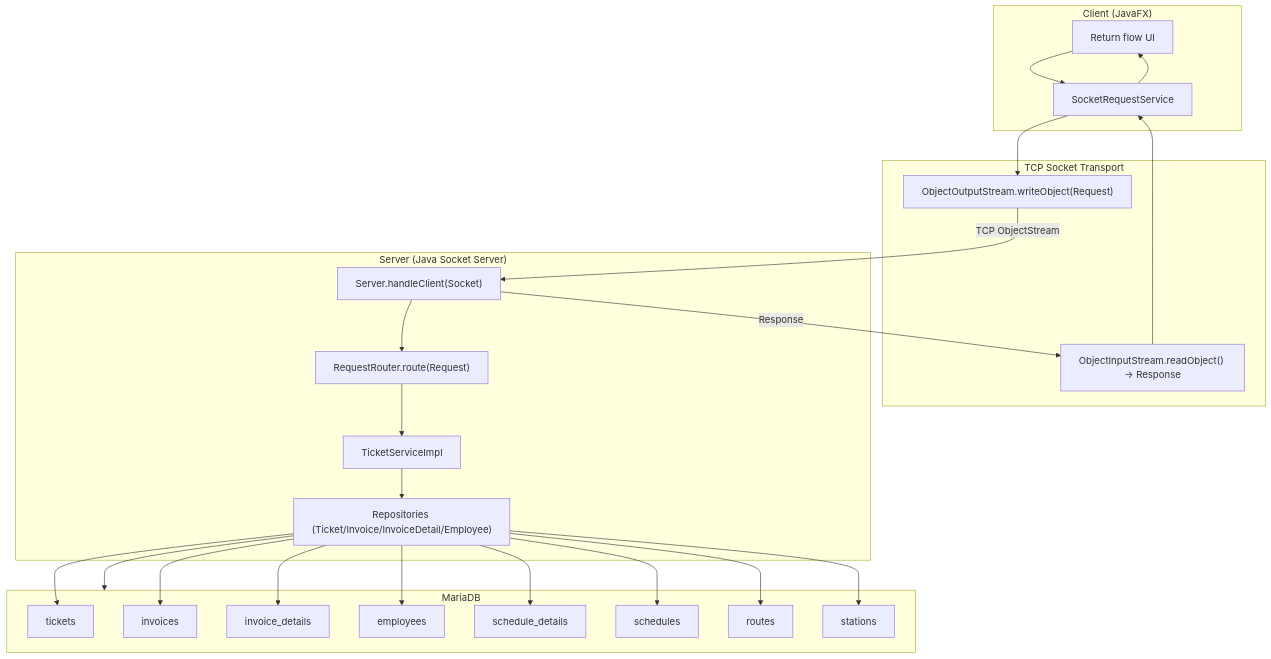
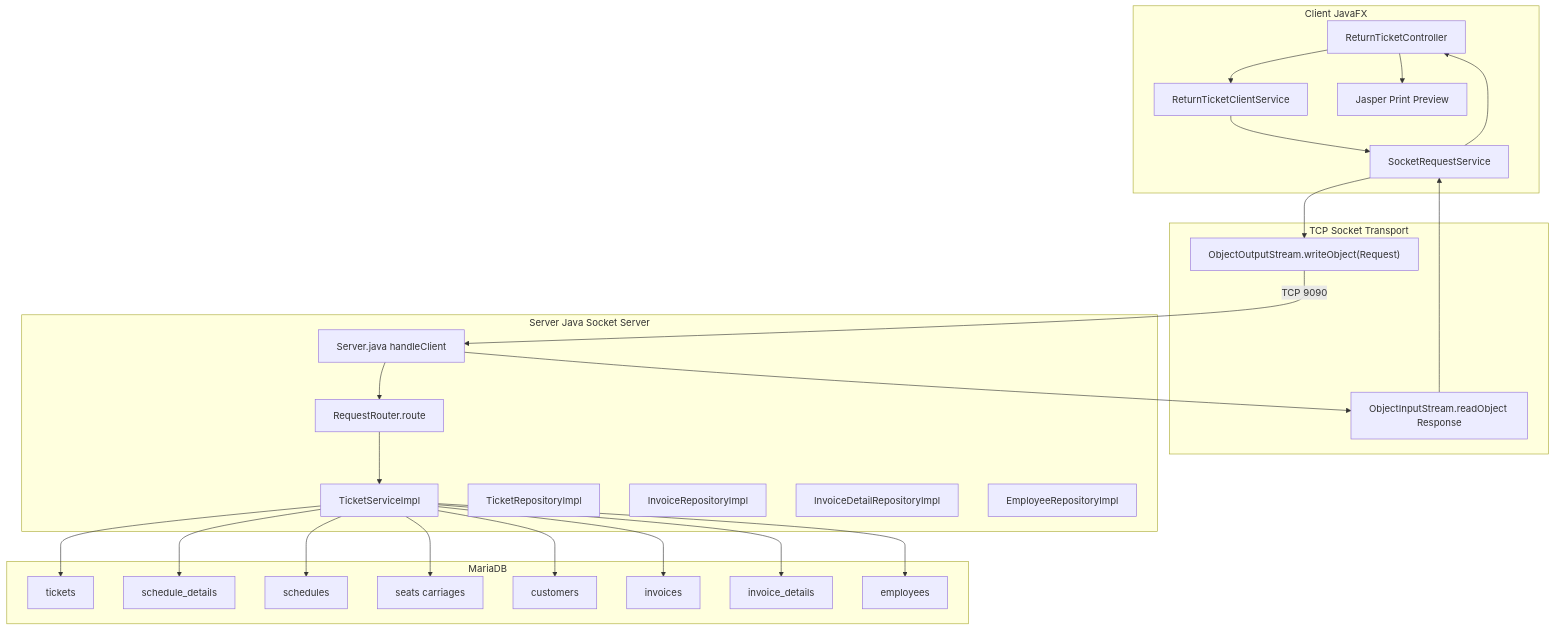
One commit to Distributed-Programing-Project/railway-reservation-system-server changed the first of 3 diagrams in docs/diagrams/sequence/uc003-tra-ve.md. Above: the diagram before and after it, drawn with Mermaid. The commit also changed other lines of this file and 24 other files, not shown here.

````diff
--- a/docs/diagrams/sequence/uc003-tra-ve.md
+++ b/docs/diagrams/sequence/uc003-tra-ve.md
@@ -5,43 +7,56 @@
 ```mermaid
 graph TB
-  subgraph CLIENT["Client (JavaFX)"]
-    UI["Return flow UI"]
-    SocketSvc["SocketRequestService"]
-  end
+    subgraph CLIENT ["Client JavaFX"]
+        UI["ReturnTicketController"]
+        CS["ReturnTicketClientService"]
+        SC["SocketRequestService"]
+        PR["Jasper Print Preview"]
+    end
 
-  subgraph TRANSPORT["TCP Socket Transport"]
-    OOS["ObjectOutputStream.writeObject(Request)"]
-    OIS["ObjectInputStream.readObject() -> Response"]
-  end
+    subgraph TRANSPORT ["TCP Socket Transport"]
+        OOS["ObjectOutputStream.writeObject(Request)"]
+        OIS["ObjectInputStream.readObject Response"]
+    end
 
-  subgraph SERVER["Server (Java Socket Server)"]
-    Handler["Server.handleClient(Socket)"]
-    Router["RequestRouter.route(Request)"]
-    TicketSvc["TicketServiceImpl"]
-    Repos["Repositories (Ticket/Invoice/InvoiceDetail/Employee)"]
-  end
+    subgraph SERVER ["Server Java Socket Server"]
+        SRV["Server.java handleClient"]
+        RR["RequestRouter.route"]
+        SVC["TicketServiceImpl"]
+        REPO1["TicketRepositoryImpl"]
+        REPO2["InvoiceRepositoryImpl"]
+        REPO3["InvoiceDetailRepositoryImpl"]
+        REPO4["EmployeeRepositoryImpl"]
+    end
 
-  subgraph DB["MariaDB"]
-    Tickets["tickets"]
-    Invoices["invoices"]
-    InvoiceDetails["invoice_details"]
-    Employees["employees"]
-    ScheduleDetails["schedule_details"]
-    Schedules["schedules"]
-    Routes["routes"]
-    Stations["stations"]
-  end
+    subgraph DB ["MariaDB"]
+        T_TK["tickets"]
+        T_SCHD["schedule_details"]
+        T_SCH["schedules"]
+        T_SEAT["seats carriages"]
+        T_CUS["customers"]
+        T_INV["invoices"]
+        T_DET["invoice_details"]
+        T_EMP["employees"]
+    end
 
-  UI --> SocketSvc --> OOS
-  OOS -->|"TCP ObjectStream"| Handler --> Router --> TicketSvc
-  TicketSvc --> Repos --> DB
-  Repos --> Tickets
-  Repos --> Invoices
-  Repos --> InvoiceDetails
-  Repos --> Employees
-  Repos --> ScheduleDetails
-  Repos --> Schedules
-  Repos --> Routes
-  Repos --> Stations
-  Handler -->|"Response"| OIS --> SocketSvc --> UI
+    UI --> CS
+    CS --> SC
+    SC --> OOS
+    OOS -- "TCP 9090" --> SRV
+    SRV --> RR
+    RR --> SVC
+
+    SVC --> T_TK
+    SVC --> T_INV
+    SVC --> T_DET
+    SVC --> T_EMP
+    SVC --> T_CUS
+    SVC --> T_SCHD
+    SVC --> T_SCH
+    SVC --> T_SEAT
+
+    SRV --> OIS
+    OIS --> SC
+    SC --> UI
+    UI --> PR
 ```
````
